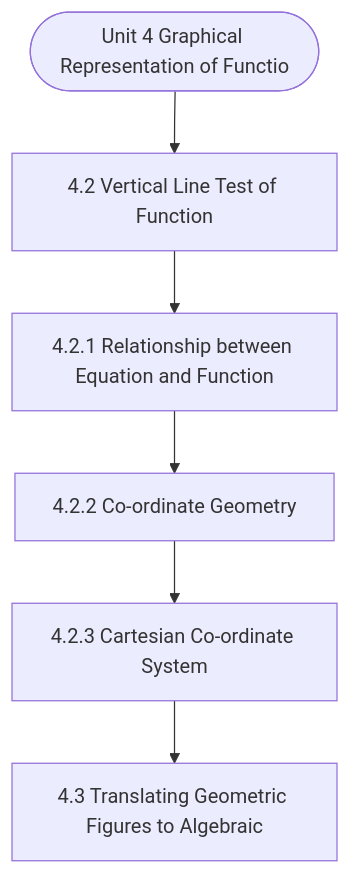
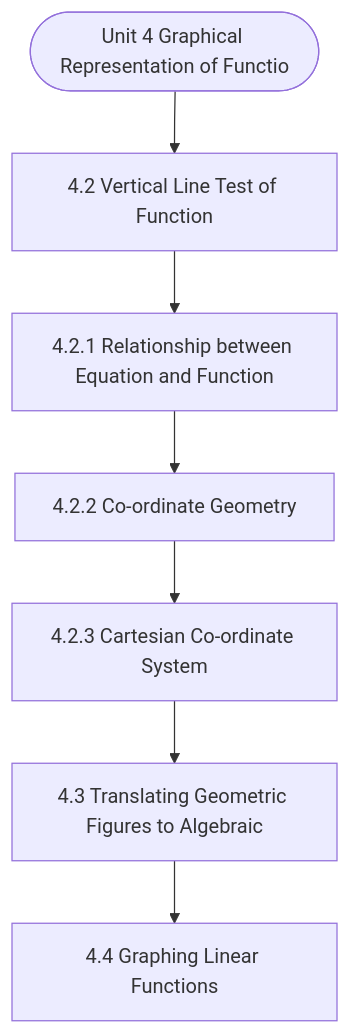
The diagram in notes/Semester_1/MCS-061_Mathematical_Foundations_-_I/unit_04_Graphical_Representation_of_Functions.md (Asutosh-Coaching/mscdsa), drawn with Mermaid before and after one commit. The commit also changed other lines of this file and 116 other files, not shown here.

````diff
--- a/notes/Semester_1/MCS-061_Mathematical_Foundations_-_I/unit_04_Graphical_Representation_of_Functions.md
+++ b/notes/Semester_1/MCS-061_Mathematical_Foundations_-_I/unit_04_Graphical_Representation_of_Functions.md
@@ -19,14 +19,16 @@
 ```mermaid
 flowchart TD
   Start(["Unit 4 Graphical Representation of Functio"])
   N1["4.2 Vertical Line Test of Function"]
   N2["4.2.1 Relationship between Equation and Function"]
   N3["4.2.2 Co-ordinate Geometry"]
   N4["4.2.3 Cartesian Co-ordinate System"]
   N5["4.3 Translating Geometric Figures to Algebraic"]
+  N6["4.4 Graphing Linear Functions"]
   Start --> N1
   N1 --> N2
   N2 --> N3
   N3 --> N4
   N4 --> N5
+  N5 --> N6
 ```
````
